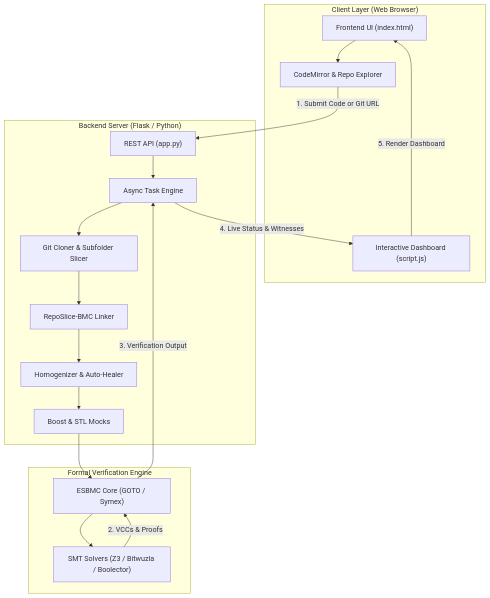
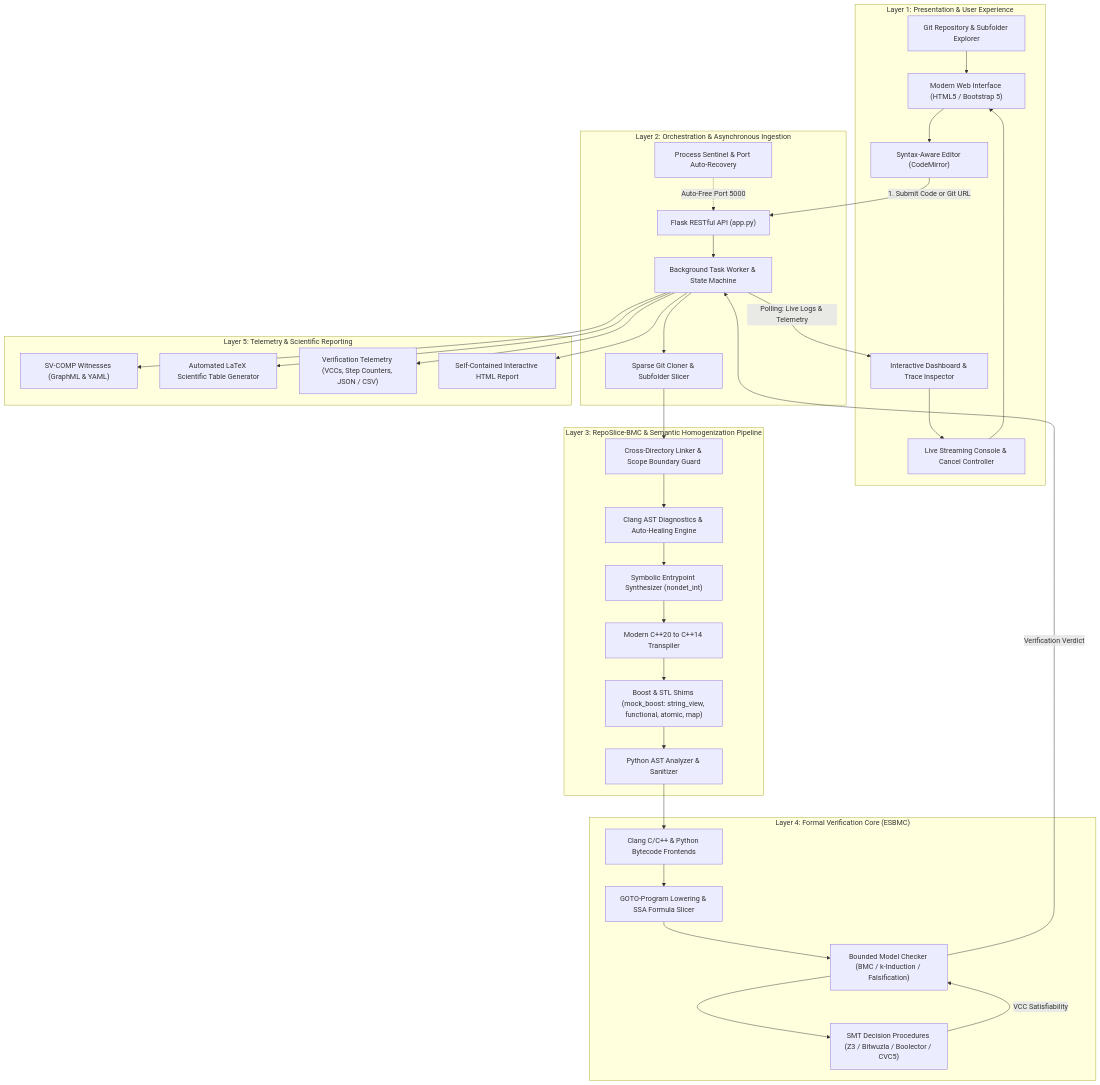
The first of 2 diagrams in README.md (esbmc/esbmc-web), drawn with Mermaid before and after one commit. The commit also changed other lines of this file, not shown here.

````diff
--- a/README.md
+++ b/README.md
@@ -50,36 +52,66 @@
 ```mermaid
 flowchart TD
-    subgraph Client ["Client Layer (Web Browser)"]
-        UI["Frontend UI (index.html)"]
-        Editor["CodeMirror & Repo Explorer"]
-        Dash["Interactive Dashboard (script.js)"]
+    subgraph Layer1 ["Layer 1: Presentation & User Experience"]
+        UI["Modern Web Interface (HTML5 / Bootstrap 5)"]
+        Editor["Syntax-Aware Editor (CodeMirror)"]
+        Tree["Git Repository & Subfolder Explorer"]
+        Dash["Interactive Dashboard & Trace Inspector"]
+        LogTerm["Live Streaming Console & Cancel Controller"]
     end
 
-    subgraph Server ["Backend Server (Flask / Python)"]
-        API["REST API (app.py)"]
-        TaskManager["Async Task Engine"]
-        GitWorker["Git Cloner & Subfolder Slicer"]
-        RepoSlice["RepoSlice-BMC Linker"]
-        Homogenizer["Homogenizer & Auto-Healer"]
-        Mocks["Boost & STL Mocks"]
+    subgraph Layer2 ["Layer 2: Orchestration & Asynchronous Ingestion"]
+        API["Flask RESTful API (app.py)"]
+        TaskQueue["Background Task Worker & State Machine"]
+        PortSentinel["Process Sentinel & Port Auto-Recovery"]
+        GitEngine["Sparse Git Cloner & Subfolder Slicer"]
     end
 
-    subgraph Engine ["Formal Verification Engine"]
-        ESBMC["ESBMC Core (GOTO / Symex)"]
-        Solvers["SMT Solvers (Z3 / Bitwuzla / Boolector)"]
+    subgraph Layer3 ["Layer 3: RepoSlice-BMC & Semantic Homogenization Pipeline"]
+        SubsystemLinker["Cross-Directory Linker & Scope Boundary Guard"]
+        ClangHealer["Clang AST Diagnostics & Auto-Healing Engine"]
+        HarnessGen["Symbolic Entrypoint Synthesizer (nondet_int)"]
+        Cpp20Lowering["Modern C++20 to C++14 Transpiler"]
+        MocksBoost["Boost & STL Shims (mock_boost: string_view, functional, atomic, map)"]
+        PySanitizer["Python AST Analyzer & Sanitizer"]
+    end
+
+    subgraph Layer4 ["Layer 4: Formal Verification Core (ESBMC)"]
+        FrontendAST["Clang C/C++ & Python Bytecode Frontends"]
+        GOTO["GOTO-Program Lowering & SSA Formula Slicer"]
+        BMC["Bounded Model Checker (BMC / k-Induction / Falsification)"]
+        Solvers["SMT Decision Procedures (Z3 / Bitwuzla / Boolector / CVC5)"]
+    end
+
+    subgraph Layer5 ["Layer 5: Telemetry & Scientific Reporting"]
+        Witnesses["SV-COMP Witnesses (GraphML & YAML)"]
+        LaTeX["Automated LaTeX Scientific Table Generator"]
+        Telemetry["Verification Telemetry (VCCs, Step Counters, JSON / CSV)"]
+        HTMLRep["Self-Contained Interactive HTML Report"]
     end
 
     UI --> Editor
+    Tree --> UI
     Editor -->|1. Submit Code or Git URL| API
-    API --> TaskManager
-    TaskManager --> GitWorker
-    GitWorker --> RepoSlice
-    RepoSlice --> Homogenizer
-    Homogenizer --> Mocks
-    Mocks --> ESBMC
-    ESBMC --> Solvers
-    Solvers -->|2. VCCs & Proofs| ESBMC
-    ESBMC -->|3. Verification Output| TaskManager
-    TaskManager -->|4. Live Status & Witnesses| Dash
-    Dash -->|5. Render Dashboard| UI
+    API --> TaskQueue
+    PortSentinel -.->|Auto-Free Port 5000| API
+    TaskQueue --> GitEngine
+    GitEngine --> SubsystemLinker
+    SubsystemLinker --> ClangHealer
+    ClangHealer --> HarnessGen
+    HarnessGen --> Cpp20Lowering
+    Cpp20Lowering --> MocksBoost
+    MocksBoost --> PySanitizer
+    PySanitizer --> FrontendAST
+    FrontendAST --> GOTO
+    GOTO --> BMC
+    BMC --> Solvers
+    Solvers -->|VCC Satisfiability| BMC
+    BMC -->|Verification Verdict| TaskQueue
+    TaskQueue --> Witnesses
+    TaskQueue --> LaTeX
+    TaskQueue --> Telemetry
+    TaskQueue --> HTMLRep
+    TaskQueue -->|Polling: Live Logs & Telemetry| Dash
+    Dash --> LogTerm
+    LogTerm --> UI
 ```
````
